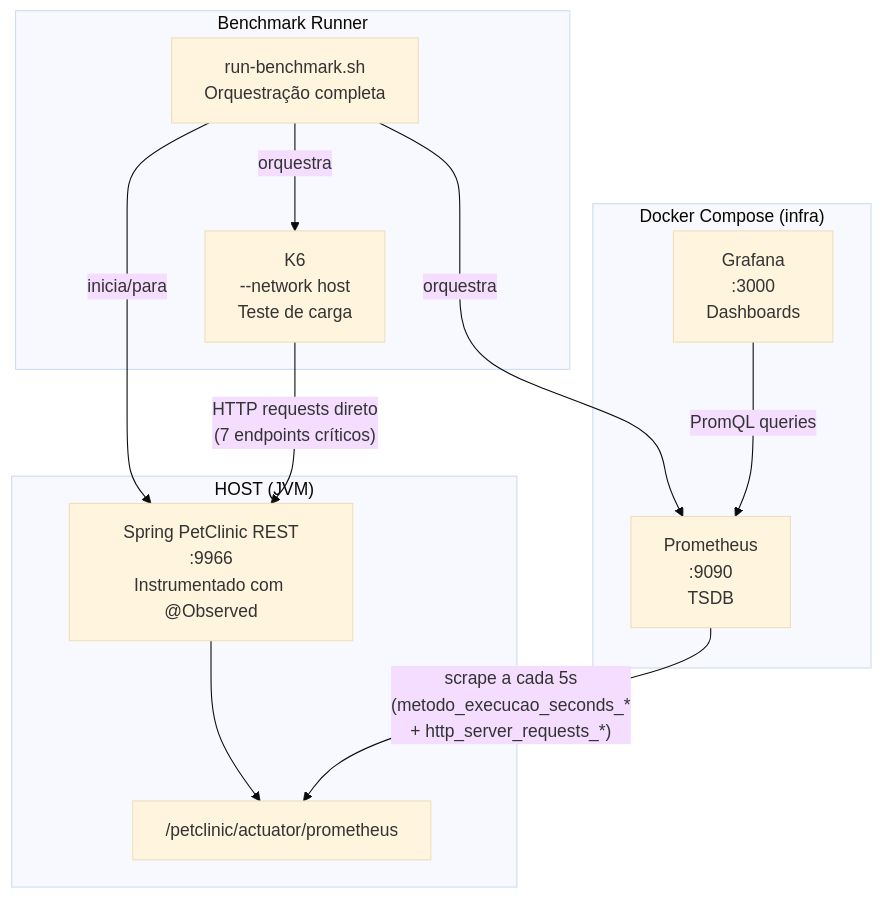
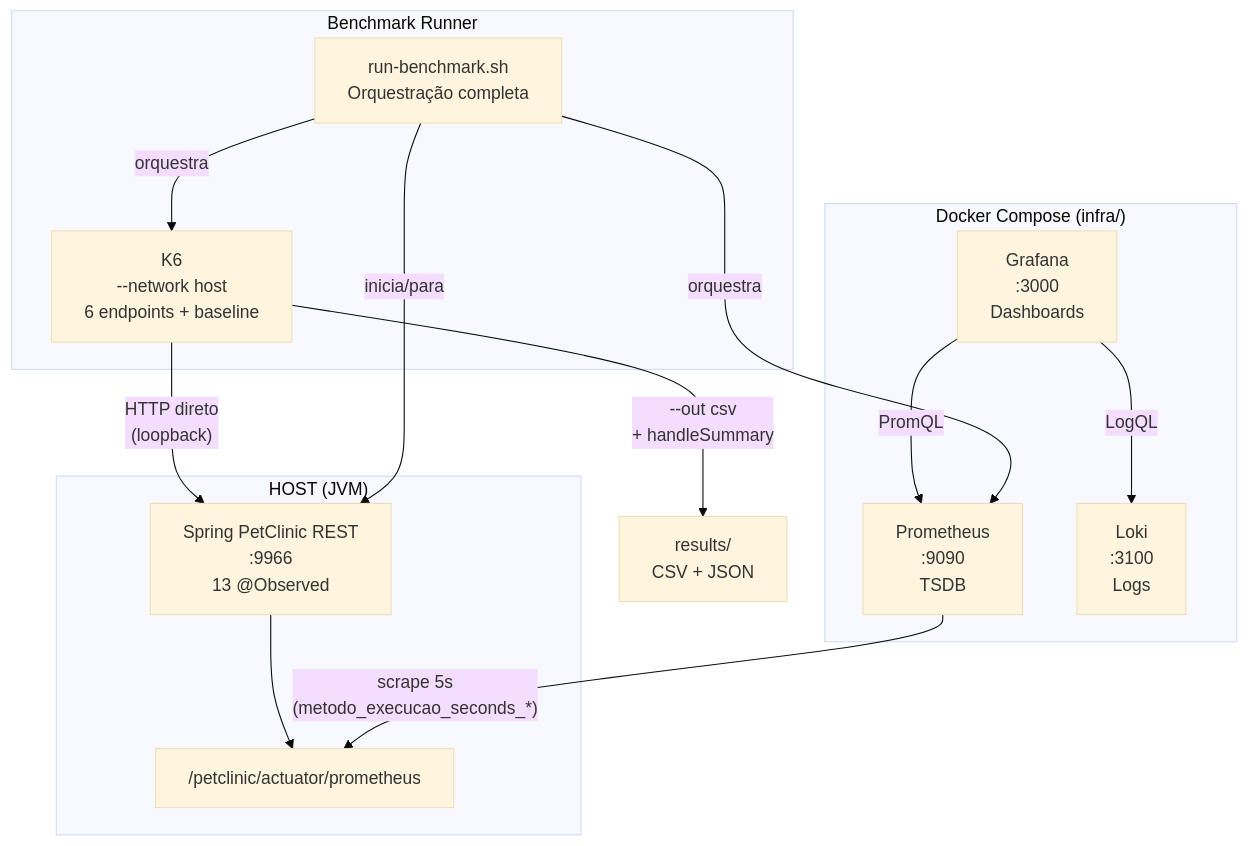
The diagram in README.md (diogomasc/infra-refactoring-metrics), drawn with Mermaid (base theme) before and after one commit. The commit also changed other lines of this file and 5 other files, not shown here.

First line of the commit message:
refactor(infra): simplifica docker-compose e aprimora exportação de resultados do k6

````diff
--- a/README.md
+++ b/README.md
@@ -18,25 +20,28 @@
 ```mermaid
 flowchart TD
     subgraph HOST["HOST (JVM)"]
-        APP["Spring PetClinic REST\n:9966\nInstrumentado com @Observed"]
+        APP["Spring PetClinic REST\n:9966\n13 @Observed"]
         ACT["/petclinic/actuator/prometheus"]
         APP --> ACT
     end
 
-    subgraph DOCKER["Docker Compose (infra)"]
+    subgraph DOCKER["Docker Compose (infra/)"]
         PROM["Prometheus\n:9090\nTSDB"]
         GRAF["Grafana\n:3000\nDashboards"]
+        LOKI["Loki\n:3100\nLogs"]
     end
 
     subgraph BENCHMARK["Benchmark Runner"]
-        K6["K6\n--network host\nTeste de carga"]
+        K6["K6\n--network host\n6 endpoints + baseline"]
         SCRIPT["run-benchmark.sh\nOrquestração completa"]
     end
 
-    PROM -- "scrape a cada 5s\n(metodo_execucao_seconds_*\n+ http_server_requests_*)" --> ACT
-    K6 -- "HTTP requests direto\n(7 endpoints críticos)" --> APP
-    GRAF -- "PromQL queries" --> PROM
+    PROM -- "scrape 5s\n(metodo_execucao_seconds_*)" --> ACT
+    K6 -- "HTTP direto\n(loopback)" --> APP
+    GRAF -- "PromQL" --> PROM
+    GRAF -- "LogQL" --> LOKI
     SCRIPT -- "orquestra" --> PROM
     SCRIPT -- "orquestra" --> K6
     SCRIPT -- "inicia/para" --> APP
+    K6 -- "--out csv\n+ handleSummary" --> RESULTS["results/\nCSV + JSON"]
 ```
````
